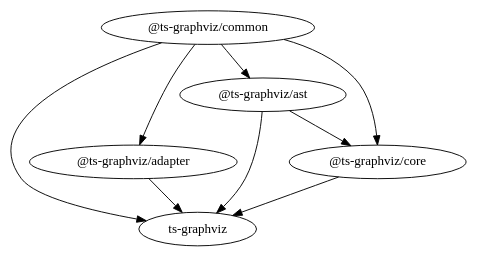
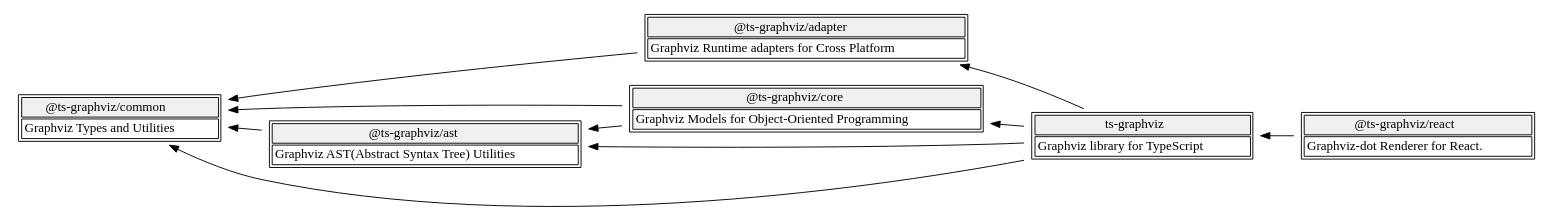
Before and after one commit to ts-graphviz/ts-graphviz: the diagram in media/dependency-graph.dot, drawn with Graphviz. The commit also changed other lines of this file and 20 other files, not shown here.

```diff
--- a/media/dependency-graph.dot
+++ b/media/dependency-graph.dot
@@ -1,16 +1,43 @@
-digraph G {
-  "ts-graphviz";
-  "@ts-graphviz/adapter";
-  "@ts-graphviz/ast";
-  "@ts-graphviz/common";
-  "@ts-graphviz/core";
-
-  "@ts-graphviz/ast" -> "ts-graphviz";
-  "@ts-graphviz/adapter" -> "ts-graphviz";
-  "@ts-graphviz/common" -> "ts-graphviz";
-  "@ts-graphviz/core" -> "ts-graphviz";
+digraph "dependency_graph" {
+  newrank = true;
+  rankdir = "LR";
+  edge [
+    dir = "back";
+  ];
+  node [
+    shape = "none";
+  ];
+  "@ts-graphviz/adapter" [
+    label = <<TABLE><TR><TD PORT="name" BGCOLOR="#f0f0f0" ALIGN="CENTER">@ts-graphviz/adapter</TD></TR><TR><TD PORT="description" ALIGN="CENTER">Graphviz Runtime adapters for Cross Platform</TD></TR></TABLE>>;
+    URL = "https://www.npmjs.com/package/@ts-graphviz/adapter";
+  ];
+  "@ts-graphviz/ast" [
+    label = <<TABLE><TR><TD PORT="name" BGCOLOR="#f0f0f0" ALIGN="CENTER">@ts-graphviz/ast</TD></TR><TR><TD PORT="description" ALIGN="CENTER">Graphviz AST(Abstract Syntax Tree) Utilities</TD></TR></TABLE>>;
+    URL = "https://www.npmjs.com/package/@ts-graphviz/ast";
+  ];
+  "@ts-graphviz/common" [
+    label = <<TABLE><TR><TD PORT="name" BGCOLOR="#f0f0f0" ALIGN="CENTER">@ts-graphviz/common</TD></TR><TR><TD PORT="description" ALIGN="CENTER">Graphviz Types and Utilities</TD></TR></TABLE>>;
+    URL = "https://www.npmjs.com/package/@ts-graphviz/common";
+  ];
+  "@ts-graphviz/core" [
+    label = <<TABLE><TR><TD PORT="name" BGCOLOR="#f0f0f0" ALIGN="CENTER">@ts-graphviz/core</TD></TR><TR><TD PORT="description" ALIGN="CENTER">Graphviz Models for Object-Oriented Programming</TD></TR></TABLE>>;
+    URL = "https://www.npmjs.com/package/@ts-graphviz/core";
+  ];
+  "@ts-graphviz/react" [
+    label = <<TABLE><TR><TD PORT="name" BGCOLOR="#f0f0f0" ALIGN="CENTER">@ts-graphviz/react</TD></TR><TR><TD PORT="description" ALIGN="CENTER">Graphviz-dot Renderer for React.</TD></TR></TABLE>>;
+    URL = "https://www.npmjs.com/package/@ts-graphviz/react";
+  ];
+  "ts-graphviz" [
+    label = <<TABLE><TR><TD PORT="name" BGCOLOR="#f0f0f0" ALIGN="CENTER">ts-graphviz</TD></TR><TR><TD PORT="description" ALIGN="CENTER">Graphviz library for TypeScript</TD></TR></TABLE>>;
+    URL = "https://www.npmjs.com/package/ts-graphviz";
+  ];
   "@ts-graphviz/common" -> "@ts-graphviz/adapter";
   "@ts-graphviz/common" -> "@ts-graphviz/ast";
   "@ts-graphviz/ast" -> "@ts-graphviz/core";
   "@ts-graphviz/common" -> "@ts-graphviz/core";
+  "ts-graphviz" -> "@ts-graphviz/react";
+  "@ts-graphviz/adapter" -> "ts-graphviz";
+  "@ts-graphviz/ast" -> "ts-graphviz";
+  "@ts-graphviz/common" -> "ts-graphviz";
+  "@ts-graphviz/core" -> "ts-graphviz";
 }
```
